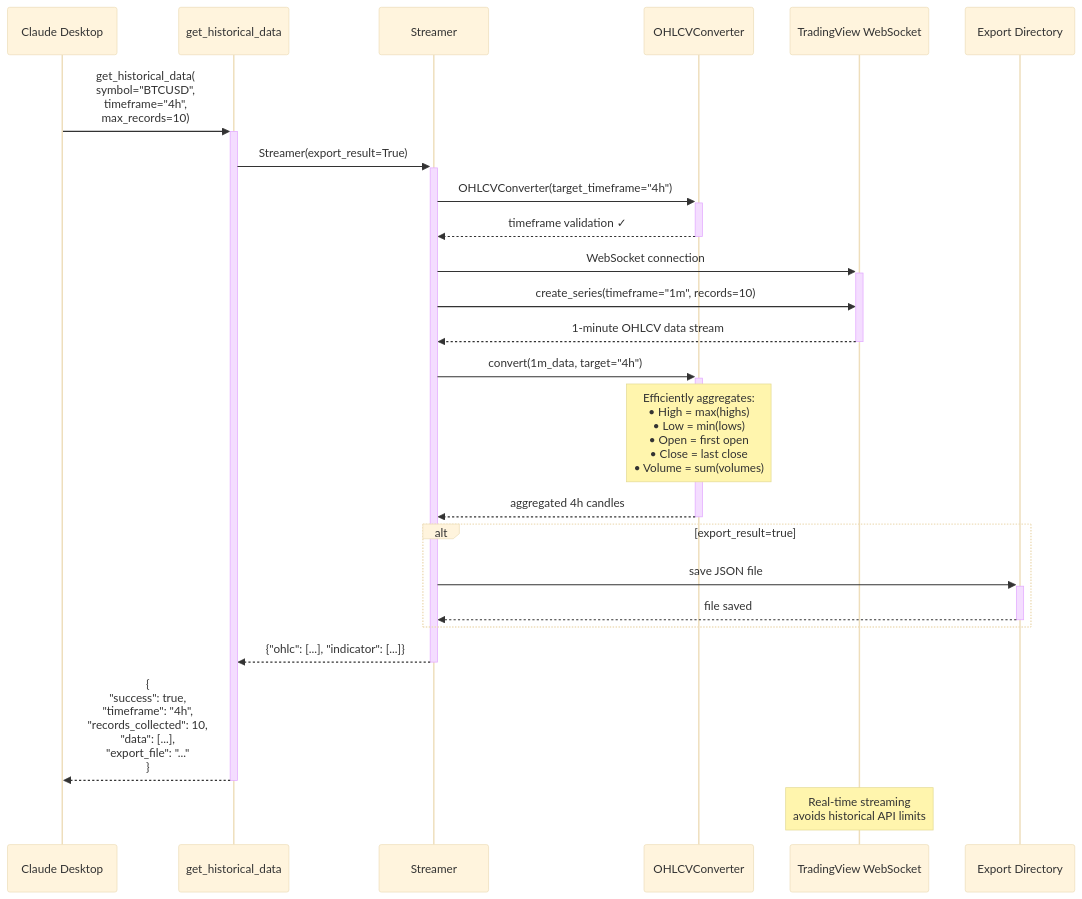
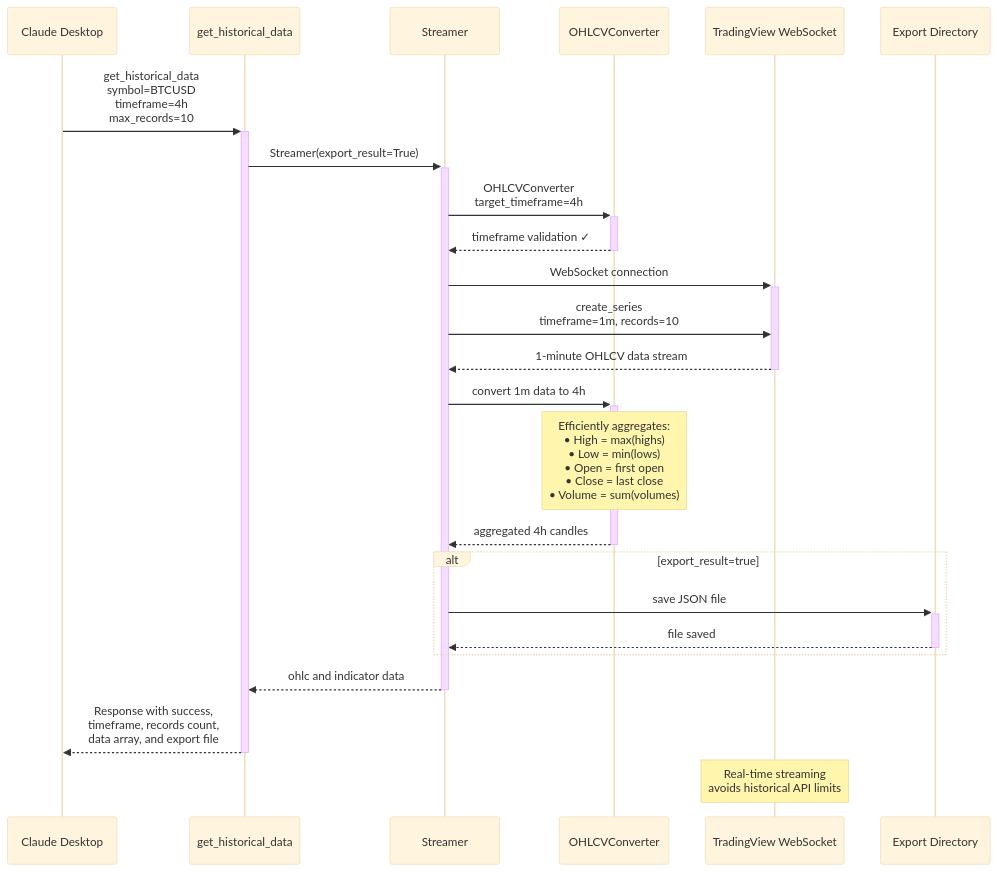
One commit to bidouilles/mcp-tradingview-server changed the third of 3 diagrams in README.md. Above: the diagram before and after it, drawn with Mermaid (base theme). The commit also changed other lines of this file, not shown here.

Commit message:
Fix Mermaid diagram syntax errors for GitHub compatibility
- Quote special characters in node labels: indicators/{symbol} -> "indicators/{symbol}"
- Simplify sequence diagram messages to avoid parsing conflicts
- Remove complex JSON structures from sequence diagram labels
- Use cleaner parameter format without quotes and parentheses
- Ensure all Mermaid diagrams render properly on GitHub

🤖 Generated with [Claude Code](https://claude.ai/code)

````diff
--- a/README.md
+++ b/README.md
@@ -305,35 +305,35 @@
 ```mermaid
 sequenceDiagram
     participant Claude as Claude Desktop
     participant Tool as get_historical_data
     participant Stream as Streamer
     participant Converter as OHLCVConverter
     participant WS as TradingView WebSocket
     participant Export as Export Directory
 
-    Claude->>+Tool: get_historical_data(<br/>symbol="BTCUSD",<br/>timeframe="4h",<br/>max_records=10)
+    Claude->>+Tool: get_historical_data<br/>symbol=BTCUSD<br/>timeframe=4h<br/>max_records=10
     
     Tool->>+Stream: Streamer(export_result=True)
     
-    Stream->>+Converter: OHLCVConverter(target_timeframe="4h")
+    Stream->>+Converter: OHLCVConverter<br/>target_timeframe=4h
     Converter-->>-Stream: timeframe validation ✓
     
     Stream->>+WS: WebSocket connection
-    Stream->>WS: create_series(timeframe="1m", records=10)
+    Stream->>WS: create_series<br/>timeframe=1m, records=10
     WS-->>-Stream: 1-minute OHLCV data stream
     
-    Stream->>+Converter: convert(1m_data, target="4h")
+    Stream->>+Converter: convert 1m data to 4h
     Note over Converter: Efficiently aggregates:<br/>• High = max(highs)<br/>• Low = min(lows)<br/>• Open = first open<br/>• Close = last close<br/>• Volume = sum(volumes)
     Converter-->>-Stream: aggregated 4h candles
     
     alt export_result=true
         Stream->>+Export: save JSON file
         Export-->>-Stream: file saved
     end
     
-    Stream-->>-Tool: {"ohlc": [...], "indicator": [...]}
+    Stream-->>-Tool: ohlc and indicator data
     
-    Tool-->>-Claude: {<br/>"success": true,<br/>"timeframe": "4h",<br/>"records_collected": 10,<br/>"data": [...],<br/>"export_file": "..."<br/>}
+    Tool-->>-Claude: Response with success,<br/>timeframe, records count,<br/>data array, and export file
     
     Note over WS: Real-time streaming<br/>avoids historical API limits
 ```
````
